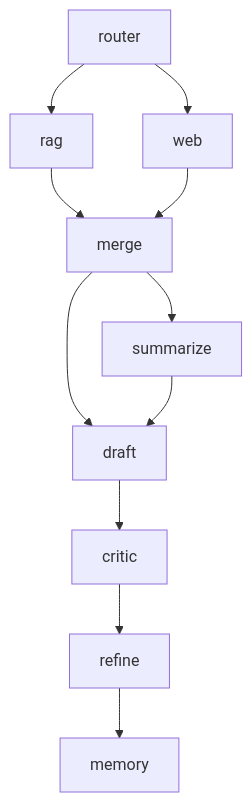
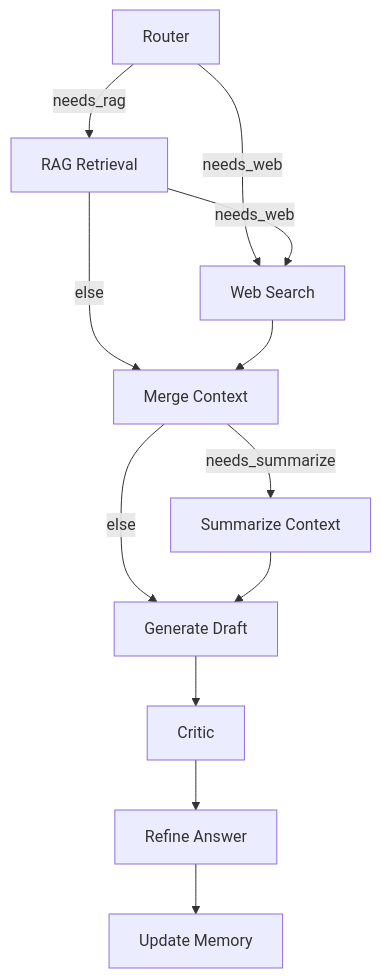
One commit to Daria-ljx/agentic-multitool-rag changed the diagram in README.md. Above: the diagram before and after it, drawn with Mermaid. The commit also changed other lines of this file and 3 other files, not shown here.

````diff
--- a/README.md
+++ b/README.md
@@ -122,13 +122,33 @@
 ```mermaid
-graph TD
-    router --> rag
-    router --> web
-    rag --> merge
+flowchart TD
+    router[Router]
+
+    rag[RAG Retrieval]
+    web[Web Search]
+    merge[Merge Context]
+    summarize[Summarize Context]
+    draft[Generate Draft]
+    critic[Critic]
+    refine[Refine Answer]
+    memory[Update Memory]
+
+    %% Entry
+    router -->|needs_rag| rag
+    router -->|needs_web| web
+
+    %% Conditional routing
+    rag -->|needs_web| web
+    rag -->|else| merge
     web --> merge
-    merge --> summarize
-    merge --> draft
+
+    %% Post-processing
+    merge -->|needs_summarize| summarize
+    merge -->|else| draft
     summarize --> draft
+
+    %% Self-critique loop
     draft --> critic
     critic --> refine
     refine --> memory
+
 ```
````
